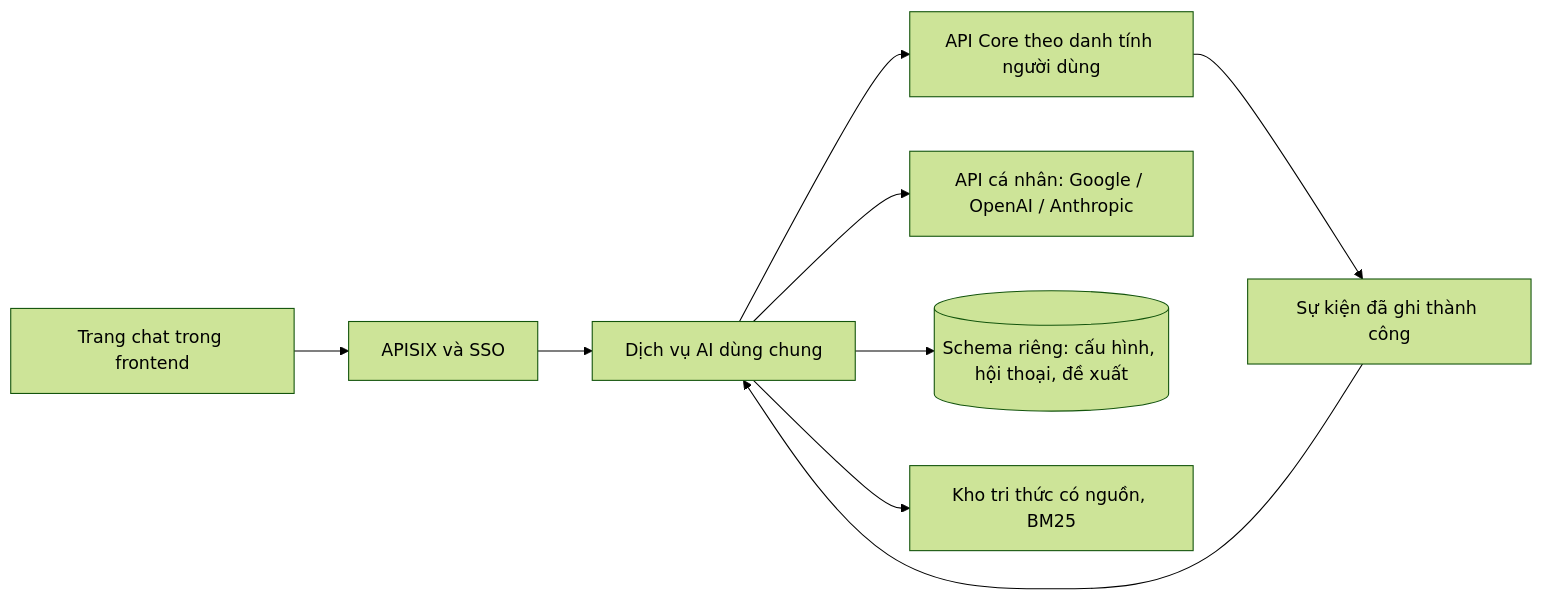
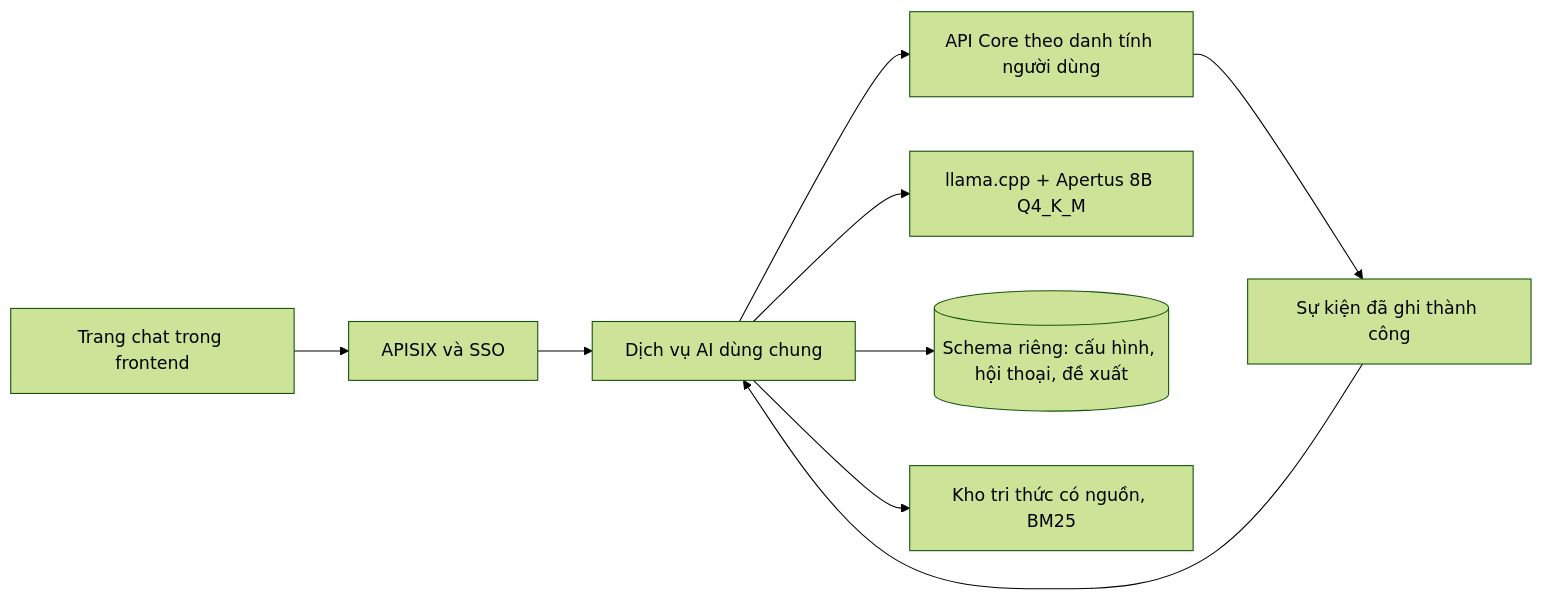
One commit to HaUI-ImplSolution/DX-OS changed the diagram in docs/ai-assistant/00_OVERVIEW.md. Above: the diagram before and after it, drawn with Mermaid (forest theme). The commit also changed other lines of this file and 3 other files, not shown here.

````diff
--- a/docs/ai-assistant/00_OVERVIEW.md
+++ b/docs/ai-assistant/00_OVERVIEW.md
@@ -62,11 +64,11 @@
 ```mermaid
 flowchart LR
     U["Trang chat trong frontend"] --> G["APISIX và SSO"]
     G --> A["Dịch vụ AI dùng chung"]
     A --> C["API Core theo danh tính người dùng"]
-    A --> P["API cá nhân: Google / OpenAI / Anthropic"]
+    A --> L["llama.cpp + Apertus 8B Q4_K_M"]
     A --> D[("Schema riêng: cấu hình, hội thoại, đề xuất")]
     A --> K["Kho tri thức có nguồn, BM25"]
     C --> E["Sự kiện đã ghi thành công"]
     E --> A
 ```
````
